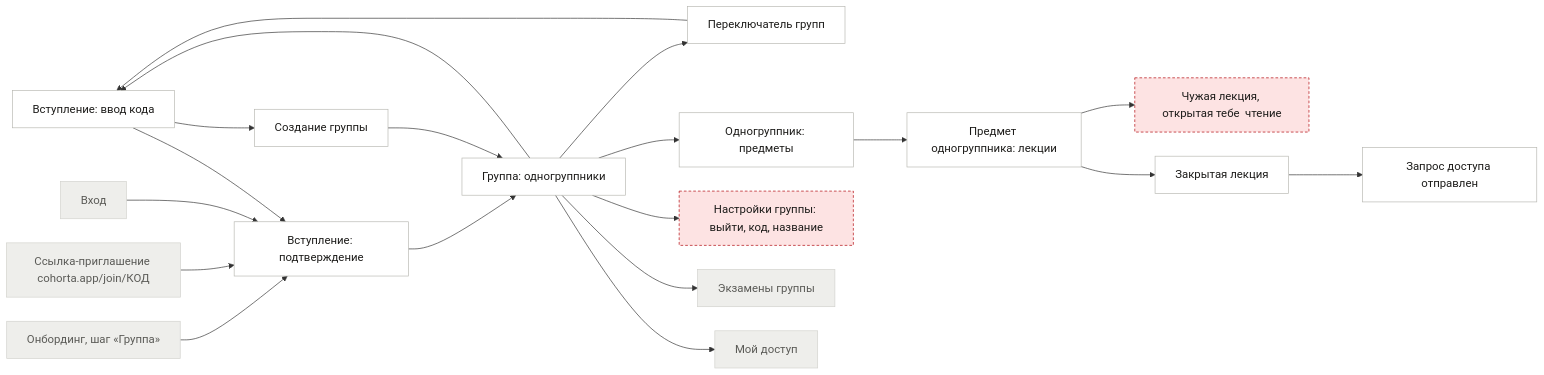
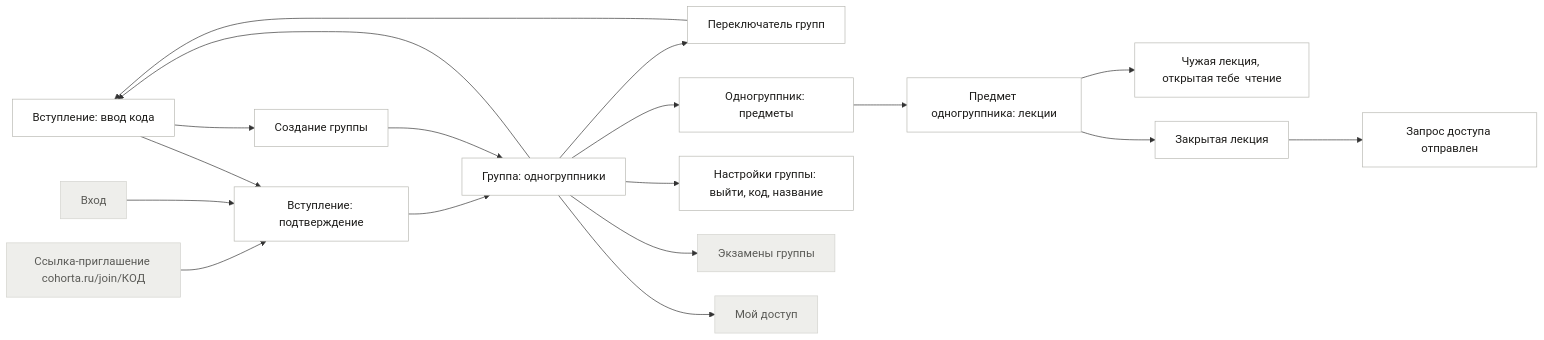
The fifth of 6 diagrams in docs/design/ia/userflow.md (misha-quartzevsky/cohorta), drawn with Mermaid before and after one commit. The commit also changed other lines of this file and 1 other file, not shown here.

Commit message:
docs(design): карта переходов — маршруты по роутеру, онбординг из 4 шагов, нарисованные экраны, «Занятия», «Профиль», периоды, корзина

````diff
--- a/docs/design/ia/userflow.md
+++ b/docs/design/ia/userflow.md
@@ -348,58 +342,55 @@
 ```mermaid
 %%{init:{"themeVariables":{"fontSize":"17px"},"flowchart":{"nodeSpacing":36,"rankSpacing":80,"curve":"basis"}}}%%
 flowchart LR
   g_join["Вступление: ввод кода"]
   g_join_ok["Вступление: подтверждение"]
   g_create["Создание группы"]
   g_home["Группа: одногруппники"]
   g_switch["Переключатель групп"]
   g_member["Одногруппник: предметы"]
   g_member_subj["Предмет одногруппника: лекции"]
   g_read["Чужая лекция, открытая тебе  чтение "]
   g_closed["Закрытая лекция"]
   g_sent["Запрос доступа отправлен"]
   g_settings["Настройки группы: выйти, код, название"]
   g_exams["Экзамены группы"]
   g_myaccess["Мой доступ"]
-  join_link["Ссылка-приглашение cohorta.app/join/КОД"]
+  join_link["Ссылка-приглашение cohorta.ru/join/КОД"]
   login["Вход"]
-  onb_group["Онбординг, шаг «Группа»"]
-  onb_group --> g_join_ok
   join_link --> g_join_ok
   login --> g_join_ok
   g_home --> g_join
   g_join --> g_join_ok
   g_join --> g_create
   g_join_ok --> g_home
   g_create --> g_home
   g_home --> g_switch
   g_switch --> g_join
   g_home --> g_member
   g_home --> g_settings
   g_member --> g_member_subj
   g_member_subj --> g_read
   g_member_subj --> g_closed
   g_closed --> g_sent
   g_home --> g_myaccess
   g_home --> g_exams
   classDef ok fill:#FFFFFF,stroke:#B8B8B2,color:#1C1B19
   classDef no fill:#FDE3E3,stroke:#B00008,stroke-dasharray:4 3,color:#1C1B19
   classDef ex fill:#EEEEEB,stroke:#D2D2CD,color:#5A5A56
   classDef vi fill:#FDEBDB,stroke:#E86800,color:#1C1B19
   class g_join ok
   class g_join_ok ok
   class g_create ok
   class g_home ok
   class g_switch ok
   class g_member ok
   class g_member_subj ok
-  class g_read no
+  class g_read ok
   class g_closed ok
   class g_sent ok
-  class g_settings no
+  class g_settings ok
   class g_exams ex
   class g_myaccess ex
   class join_link ex
   class login ex
-  class onb_group ex
 ```
````
